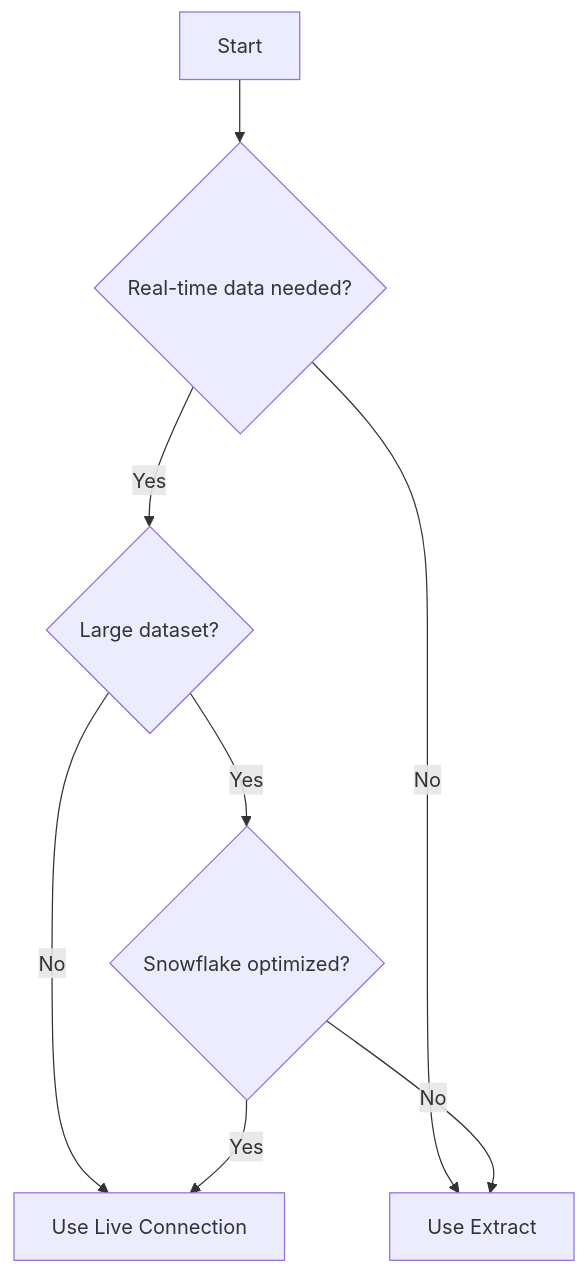
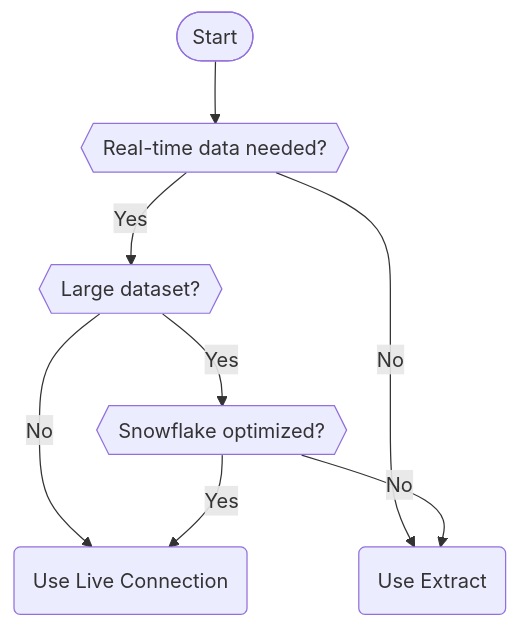
One commit to svc-bi-concepts/SnowflakeTutorials changed the diagram in docs/bi-tools/tableau.md. Above: the diagram before and after it, drawn with Mermaid. The commit also changed other lines of this file and 35 other files, not shown here.

First line of the commit message:
Add MFA warnings and improve Mermaid diagram styling

````diff
--- a/docs/bi-tools/tableau.md
+++ b/docs/bi-tools/tableau.md
@@ -254,10 +263,10 @@
 ```mermaid
 graph TD
-    A[Start] --> B{Real-time data needed?}
-    B -->|Yes| C{Large dataset?}
-    B -->|No| D[Use Extract]
-    C -->|Yes| E{Snowflake optimized?}
-    C -->|No| F[Use Live Connection]
+    A([Start]) --> B{{Real-time data needed?}}
+    B -->|Yes| C{{Large dataset?}}
+    B -->|No| D(Use Extract)
+    C -->|Yes| E{{Snowflake optimized?}}
+    C -->|No| F(Use Live Connection)
     E -->|Yes| F
     E -->|No| D
 ```
````
